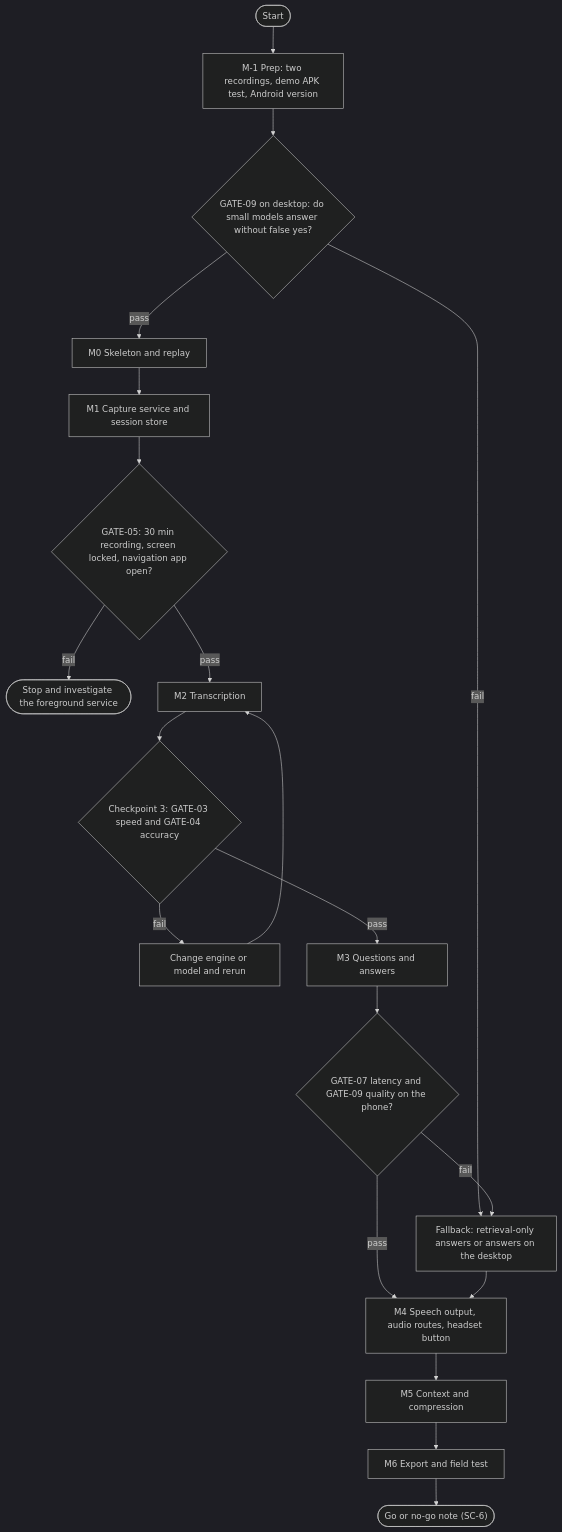
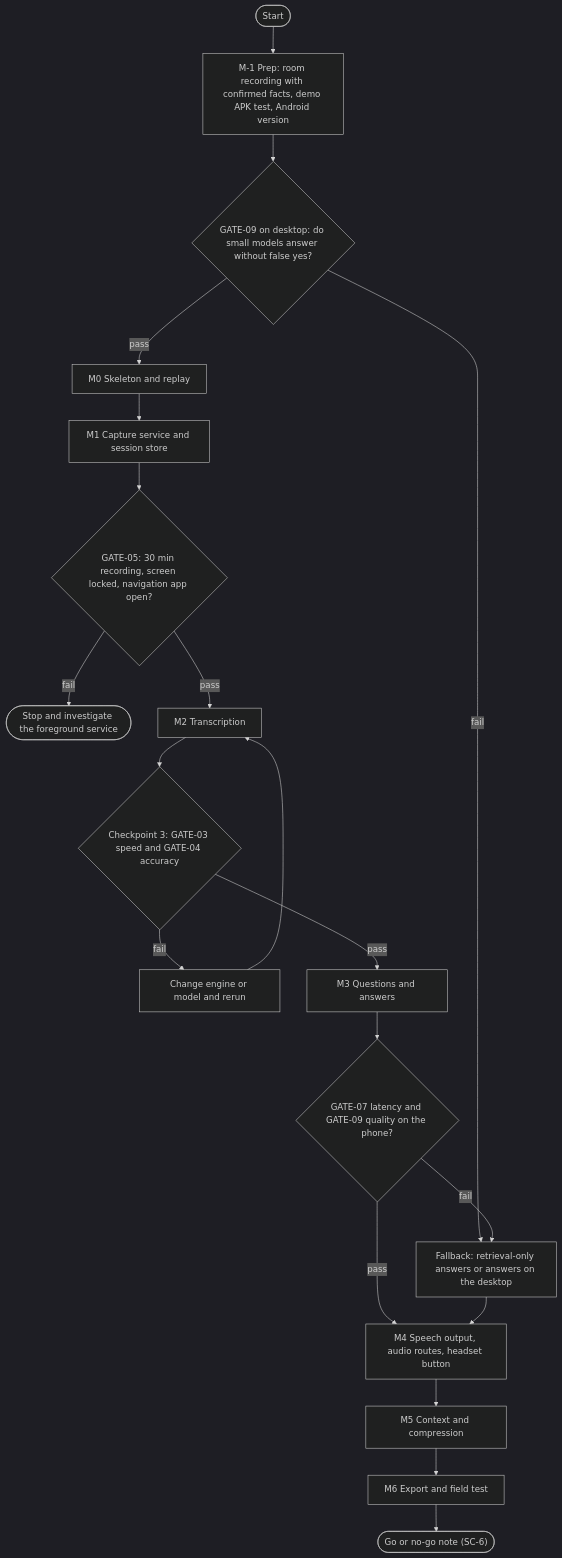
Before and after one commit to 0x6d64/cedar-capture: the first of 5 diagrams in docs/plan/project-plan.md, drawn with Mermaid (dark theme). The commit also changed other lines of this file and 4 other files, not shown here.

First line of the commit message:
docs(testing): test protocol v2, free rambling with facts confirmed afterwards

````diff
--- a/docs/plan/project-plan.md
+++ b/docs/plan/project-plan.md
@@ -40,22 +40,22 @@
 ```mermaid
 flowchart TD
-    A(["Start"]) --> B["M-1 Prep: two recordings, demo APK test, Android version"]
+    A(["Start"]) --> B["M-1 Prep: room recording with confirmed facts, demo APK test, Android version"]
     B --> C{"GATE-09 on desktop: do small models answer without false yes?"}
     C -->|pass| D["M0 Skeleton and replay"]
     C -->|fail| FB["Fallback: retrieval-only answers or answers on the desktop"]
     D --> E["M1 Capture service and session store"]
     E --> G5{"GATE-05: 30 min recording, screen locked, navigation app open?"}
     G5 -->|fail| STOP(["Stop and investigate the foreground service"])
     G5 -->|pass| F["M2 Transcription"]
     F --> CP3{"Checkpoint 3: GATE-03 speed and GATE-04 accuracy"}
     CP3 -->|fail| ENG["Change engine or model and rerun"]
     ENG --> F
     CP3 -->|pass| H["M3 Questions and answers"]
     H --> G7{"GATE-07 latency and GATE-09 quality on the phone?"}
     G7 -->|fail| FB
     G7 -->|pass| I["M4 Speech output, audio routes, headset button"]
     FB --> I
     I --> J["M5 Context and compression"]
     J --> K["M6 Export and field test"]
     K --> L(["Go or no-go note (SC-6)"])
 ```
````
